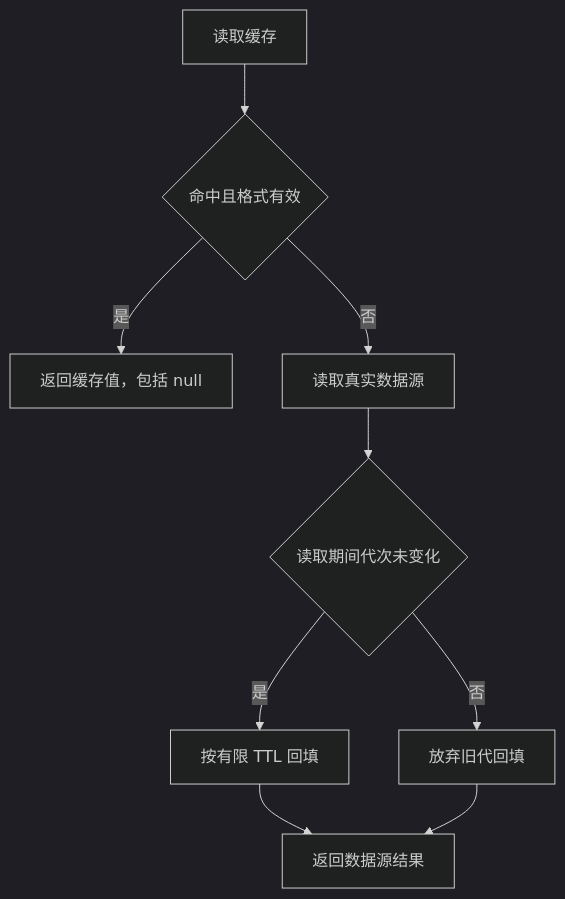
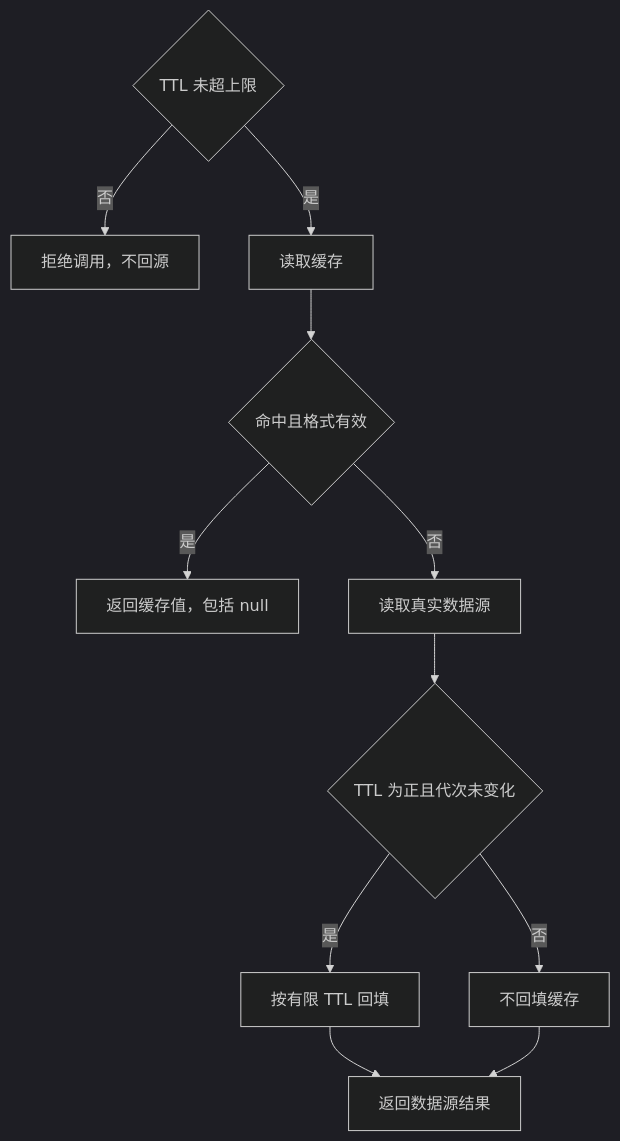
Before and after one commit to zoujingli/typeapp: the diagram in plugin/type-cache/README.md, drawn with Mermaid (dark theme). The commit also changed other lines of this file and 3 other files, not shown here.

````diff
--- a/plugin/type-cache/README.md
+++ b/plugin/type-cache/README.md
@@ -103,11 +103,13 @@
 ```mermaid
 flowchart TD
-    Read[读取缓存] --> Hit{命中且格式有效}
+    TTL{TTL 未超上限} -->|否| Reject[拒绝调用，不回源]
+    TTL -->|是| Read[读取缓存]
+    Read --> Hit{命中且格式有效}
     Hit -->|是| Return[返回缓存值，包括 null]
     Hit -->|否| Source[读取真实数据源]
-    Source --> Generation{读取期间代次未变化}
+    Source --> Generation{TTL 为正且代次未变化}
     Generation -->|是| Put[按有限 TTL 回填]
-    Generation -->|否| Skip[放弃旧代回填]
+    Generation -->|否| Skip[不回填缓存]
     Put --> Result[返回数据源结果]
     Skip --> Result
 ```
````
